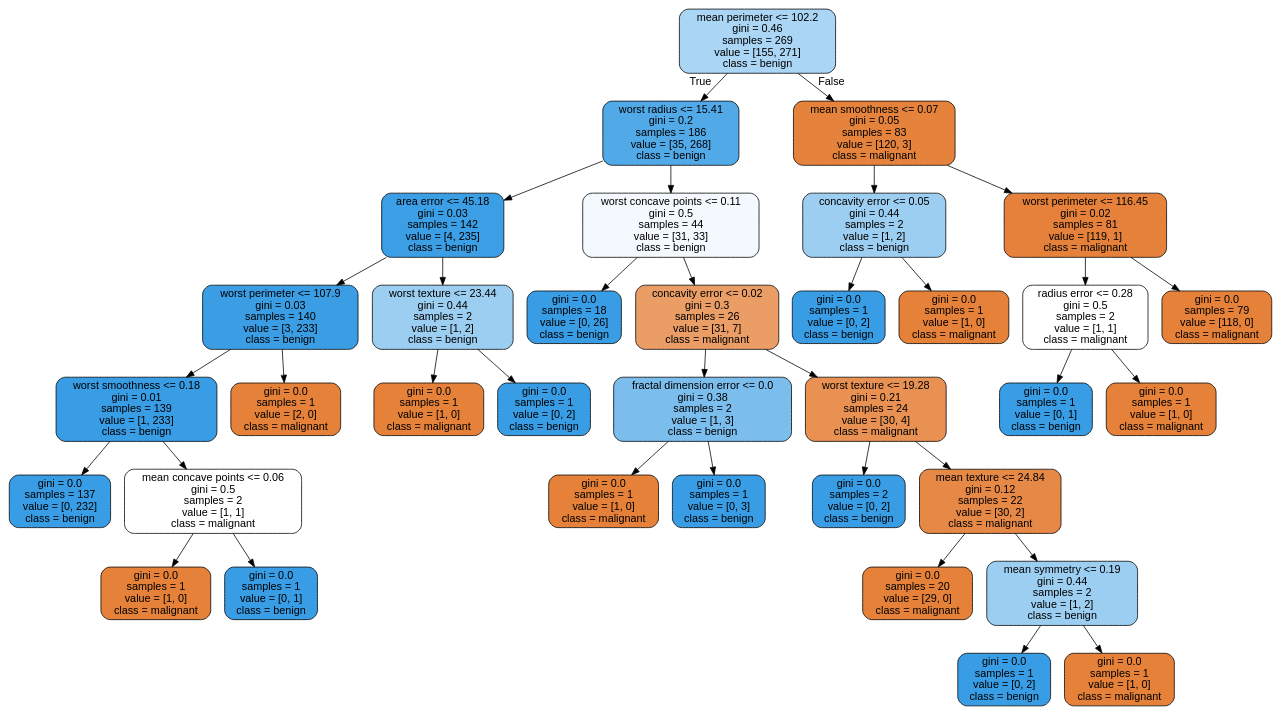
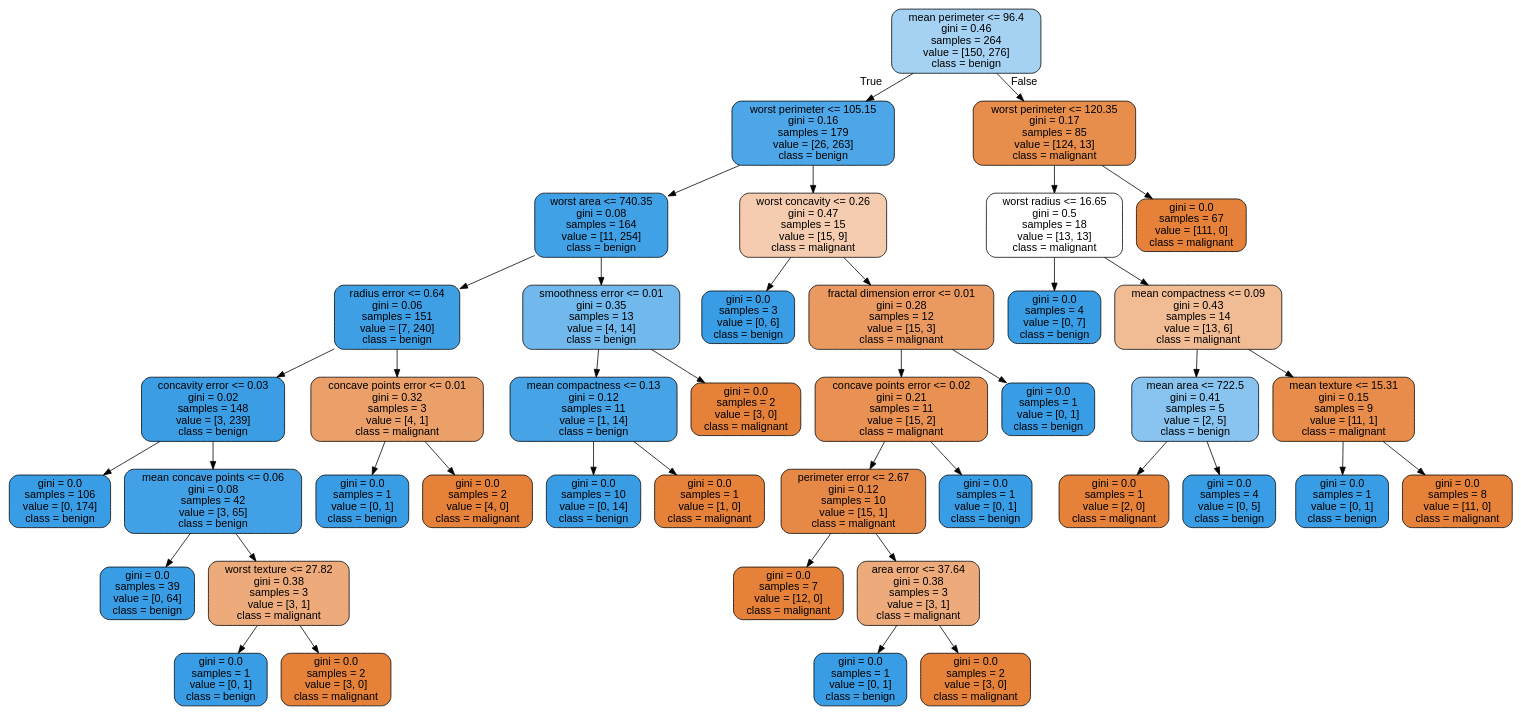
Before and after one commit to cyrilvincent/ML: the diagram in src/tree.dot, drawn with Graphviz. The commit also changed 4 other files, not shown here.

```diff
--- a/src/tree.dot
+++ b/src/tree.dot
@@ -1,73 +1,85 @@
 digraph Tree {
 node [shape=box, style="filled, rounded", color="black", fontname=helvetica] ;
 edge [fontname=helvetica] ;
-0 [label="mean perimeter <= 102.2\ngini = 0.46\nsamples = 269\nvalue = [155, 271]\nclass = benign", fillcolor="#399de56d"] ;
-1 [label="worst radius <= 15.41\ngini = 0.2\nsamples = 186\nvalue = [35, 268]\nclass = benign", fillcolor="#399de5de"] ;
+0 [label="mean perimeter <= 96.4\ngini = 0.46\nsamples = 264\nvalue = [150, 276]\nclass = benign", fillcolor="#399de574"] ;
+1 [label="worst perimeter <= 105.15\ngini = 0.16\nsamples = 179\nvalue = [26, 263]\nclass = benign", fillcolor="#399de5e6"] ;
 0 -> 1 [labeldistance=2.5, labelangle=45, headlabel="True"] ;
-2 [label="area error <= 45.18\ngini = 0.03\nsamples = 142\nvalue = [4, 235]\nclass = benign", fillcolor="#399de5fb"] ;
+2 [label="worst area <= 740.35\ngini = 0.08\nsamples = 164\nvalue = [11, 254]\nclass = benign", fillcolor="#399de5f4"] ;
 1 -> 2 ;
-3 [label="worst perimeter <= 107.9\ngini = 0.03\nsamples = 140\nvalue = [3, 233]\nclass = benign", fillcolor="#399de5fc"] ;
+3 [label="radius error <= 0.64\ngini = 0.06\nsamples = 151\nvalue = [7, 240]\nclass = benign", fillcolor="#399de5f8"] ;
 2 -> 3 ;
-4 [label="worst smoothness <= 0.18\ngini = 0.01\nsamples = 139\nvalue = [1, 233]\nclass = benign", fillcolor="#399de5fe"] ;
+4 [label="concavity error <= 0.03\ngini = 0.02\nsamples = 148\nvalue = [3, 239]\nclass = benign", fillcolor="#399de5fc"] ;
 3 -> 4 ;
-5 [label="gini = 0.0\nsamples = 137\nvalue = [0, 232]\nclass = benign", fillcolor="#399de5ff"] ;
+5 [label="gini = 0.0\nsamples = 106\nvalue = [0, 174]\nclass = benign", fillcolor="#399de5ff"] ;
 4 -> 5 ;
-6 [label="mean concave points <= 0.06\ngini = 0.5\nsamples = 2\nvalue = [1, 1]\nclass = malignant", fillcolor="#e5813900"] ;
+6 [label="mean concave points <= 0.06\ngini = 0.08\nsamples = 42\nvalue = [3, 65]\nclass = benign", fillcolor="#399de5f3"] ;
 4 -> 6 ;
-7 [label="gini = 0.0\nsamples = 1\nvalue = [1, 0]\nclass = malignant", fillcolor="#e58139ff"] ;
+7 [label="gini = 0.0\nsamples = 39\nvalue = [0, 64]\nclass = benign", fillcolor="#399de5ff"] ;
 6 -> 7 ;
-8 [label="gini = 0.0\nsamples = 1\nvalue = [0, 1]\nclass = benign", fillcolor="#399de5ff"] ;
+8 [label="worst texture <= 27.82\ngini = 0.38\nsamples = 3\nvalue = [3, 1]\nclass = malignant", fillcolor="#e58139aa"] ;
 6 -> 8 ;
-9 [label="gini = 0.0\nsamples = 1\nvalue = [2, 0]\nclass = malignant", fillcolor="#e58139ff"] ;
-3 -> 9 ;
-10 [label="worst texture <= 23.44\ngini = 0.44\nsamples = 2\nvalue = [1, 2]\nclass = benign", fillcolor="#399de57f"] ;
-2 -> 10 ;
-11 [label="gini = 0.0\nsamples = 1\nvalue = [1, 0]\nclass = malignant", fillcolor="#e58139ff"] ;
-10 -> 11 ;
-12 [label="gini = 0.0\nsamples = 1\nvalue = [0, 2]\nclass = benign", fillcolor="#399de5ff"] ;
-10 -> 12 ;
-13 [label="worst concave points <= 0.11\ngini = 0.5\nsamples = 44\nvalue = [31, 33]\nclass = benign", fillcolor="#399de50f"] ;
-1 -> 13 ;
-14 [label="gini = 0.0\nsamples = 18\nvalue = [0, 26]\nclass = benign", fillcolor="#399de5ff"] ;
-13 -> 14 ;
-15 [label="concavity error <= 0.02\ngini = 0.3\nsamples = 26\nvalue = [31, 7]\nclass = malignant", fillcolor="#e58139c5"] ;
-13 -> 15 ;
-16 [label="fractal dimension error <= 0.0\ngini = 0.38\nsamples = 2\nvalue = [1, 3]\nclass = benign", fillcolor="#399de5aa"] ;
+9 [label="gini = 0.0\nsamples = 1\nvalue = [0, 1]\nclass = benign", fillcolor="#399de5ff"] ;
+8 -> 9 ;
+10 [label="gini = 0.0\nsamples = 2\nvalue = [3, 0]\nclass = malignant", fillcolor="#e58139ff"] ;
+8 -> 10 ;
+11 [label="concave points error <= 0.01\ngini = 0.32\nsamples = 3\nvalue = [4, 1]\nclass = malignant", fillcolor="#e58139bf"] ;
+3 -> 11 ;
+12 [label="gini = 0.0\nsamples = 1\nvalue = [0, 1]\nclass = benign", fillcolor="#399de5ff"] ;
+11 -> 12 ;
+13 [label="gini = 0.0\nsamples = 2\nvalue = [4, 0]\nclass = malignant", fillcolor="#e58139ff"] ;
+11 -> 13 ;
+14 [label="smoothness error <= 0.01\ngini = 0.35\nsamples = 13\nvalue = [4, 14]\nclass = benign", fillcolor="#399de5b6"] ;
+2 -> 14 ;
+15 [label="mean compactness <= 0.13\ngini = 0.12\nsamples = 11\nvalue = [1, 14]\nclass = benign", fillcolor="#399de5ed"] ;
+14 -> 15 ;
+16 [label="gini = 0.0\nsamples = 10\nvalue = [0, 14]\nclass = benign", fillcolor="#399de5ff"] ;
 15 -> 16 ;
 17 [label="gini = 0.0\nsamples = 1\nvalue = [1, 0]\nclass = malignant", fillcolor="#e58139ff"] ;
-16 -> 17 ;
-18 [label="gini = 0.0\nsamples = 1\nvalue = [0, 3]\nclass = benign", fillcolor="#399de5ff"] ;
-16 -> 18 ;
-19 [label="worst texture <= 19.28\ngini = 0.21\nsamples = 24\nvalue = [30, 4]\nclass = malignant", fillcolor="#e58139dd"] ;
-15 -> 19 ;
-20 [label="gini = 0.0\nsamples = 2\nvalue = [0, 2]\nclass = benign", fillcolor="#399de5ff"] ;
+15 -> 17 ;
+18 [label="gini = 0.0\nsamples = 2\nvalue = [3, 0]\nclass = malignant", fillcolor="#e58139ff"] ;
+14 -> 18 ;
+19 [label="worst concavity <= 0.26\ngini = 0.47\nsamples = 15\nvalue = [15, 9]\nclass = malignant", fillcolor="#e5813966"] ;
+1 -> 19 ;
+20 [label="gini = 0.0\nsamples = 3\nvalue = [0, 6]\nclass = benign", fillcolor="#399de5ff"] ;
 19 -> 20 ;
-21 [label="mean texture <= 24.84\ngini = 0.12\nsamples = 22\nvalue = [30, 2]\nclass = malignant", fillcolor="#e58139ee"] ;
+21 [label="fractal dimension error <= 0.01\ngini = 0.28\nsamples = 12\nvalue = [15, 3]\nclass = malignant", fillcolor="#e58139cc"] ;
 19 -> 21 ;
-22 [label="gini = 0.0\nsamples = 20\nvalue = [29, 0]\nclass = malignant", fillcolor="#e58139ff"] ;
+22 [label="concave points error <= 0.02\ngini = 0.21\nsamples = 11\nvalue = [15, 2]\nclass = malignant", fillcolor="#e58139dd"] ;
 21 -> 22 ;
-23 [label="mean symmetry <= 0.19\ngini = 0.44\nsamples = 2\nvalue = [1, 2]\nclass = benign", fillcolor="#399de57f"] ;
-21 -> 23 ;
-24 [label="gini = 0.0\nsamples = 1\nvalue = [0, 2]\nclass = benign", fillcolor="#399de5ff"] ;
+23 [label="perimeter error <= 2.67\ngini = 0.12\nsamples = 10\nvalue = [15, 1]\nclass = malignant", fillcolor="#e58139ee"] ;
+22 -> 23 ;
+24 [label="gini = 0.0\nsamples = 7\nvalue = [12, 0]\nclass = malignant", fillcolor="#e58139ff"] ;
 23 -> 24 ;
-25 [label="gini = 0.0\nsamples = 1\nvalue = [1, 0]\nclass = malignant", fillcolor="#e58139ff"] ;
+25 [label="area error <= 37.64\ngini = 0.38\nsamples = 3\nvalue = [3, 1]\nclass = malignant", fillcolor="#e58139aa"] ;
 23 -> 25 ;
-26 [label="mean smoothness <= 0.07\ngini = 0.05\nsamples = 83\nvalue = [120, 3]\nclass = malignant", fillcolor="#e58139f9"] ;
-0 -> 26 [labeldistance=2.5, labelangle=-45, headlabel="False"] ;
-27 [label="concavity error <= 0.05\ngini = 0.44\nsamples = 2\nvalue = [1, 2]\nclass = benign", fillcolor="#399de57f"] ;
-26 -> 27 ;
-28 [label="gini = 0.0\nsamples = 1\nvalue = [0, 2]\nclass = benign", fillcolor="#399de5ff"] ;
-27 -> 28 ;
-29 [label="gini = 0.0\nsamples = 1\nvalue = [1, 0]\nclass = malignant", fillcolor="#e58139ff"] ;
-27 -> 29 ;
-30 [label="worst perimeter <= 116.45\ngini = 0.02\nsamples = 81\nvalue = [119, 1]\nclass = malignant", fillcolor="#e58139fd"] ;
-26 -> 30 ;
-31 [label="radius error <= 0.28\ngini = 0.5\nsamples = 2\nvalue = [1, 1]\nclass = malignant", fillcolor="#e5813900"] ;
+26 [label="gini = 0.0\nsamples = 1\nvalue = [0, 1]\nclass = benign", fillcolor="#399de5ff"] ;
+25 -> 26 ;
+27 [label="gini = 0.0\nsamples = 2\nvalue = [3, 0]\nclass = malignant", fillcolor="#e58139ff"] ;
+25 -> 27 ;
+28 [label="gini = 0.0\nsamples = 1\nvalue = [0, 1]\nclass = benign", fillcolor="#399de5ff"] ;
+22 -> 28 ;
+29 [label="gini = 0.0\nsamples = 1\nvalue = [0, 1]\nclass = benign", fillcolor="#399de5ff"] ;
+21 -> 29 ;
+30 [label="worst perimeter <= 120.35\ngini = 0.17\nsamples = 85\nvalue = [124, 13]\nclass = malignant", fillcolor="#e58139e4"] ;
+0 -> 30 [labeldistance=2.5, labelangle=-45, headlabel="False"] ;
+31 [label="worst radius <= 16.65\ngini = 0.5\nsamples = 18\nvalue = [13, 13]\nclass = malignant", fillcolor="#e5813900"] ;
 30 -> 31 ;
-32 [label="gini = 0.0\nsamples = 1\nvalue = [0, 1]\nclass = benign", fillcolor="#399de5ff"] ;
+32 [label="gini = 0.0\nsamples = 4\nvalue = [0, 7]\nclass = benign", fillcolor="#399de5ff"] ;
 31 -> 32 ;
-33 [label="gini = 0.0\nsamples = 1\nvalue = [1, 0]\nclass = malignant", fillcolor="#e58139ff"] ;
+33 [label="mean compactness <= 0.09\ngini = 0.43\nsamples = 14\nvalue = [13, 6]\nclass = malignant", fillcolor="#e5813989"] ;
 31 -> 33 ;
-34 [label="gini = 0.0\nsamples = 79\nvalue = [118, 0]\nclass = malignant", fillcolor="#e58139ff"] ;
-30 -> 34 ;
+34 [label="mean area <= 722.5\ngini = 0.41\nsamples = 5\nvalue = [2, 5]\nclass = benign", fillcolor="#399de599"] ;
+33 -> 34 ;
+35 [label="gini = 0.0\nsamples = 1\nvalue = [2, 0]\nclass = malignant", fillcolor="#e58139ff"] ;
+34 -> 35 ;
+36 [label="gini = 0.0\nsamples = 4\nvalue = [0, 5]\nclass = benign", fillcolor="#399de5ff"] ;
+34 -> 36 ;
+37 [label="mean texture <= 15.31\ngini = 0.15\nsamples = 9\nvalue = [11, 1]\nclass = malignant", fillcolor="#e58139e8"] ;
+33 -> 37 ;
+38 [label="gini = 0.0\nsamples = 1\nvalue = [0, 1]\nclass = benign", fillcolor="#399de5ff"] ;
+37 -> 38 ;
+39 [label="gini = 0.0\nsamples = 8\nvalue = [11, 0]\nclass = malignant", fillcolor="#e58139ff"] ;
+37 -> 39 ;
+40 [label="gini = 0.0\nsamples = 67\nvalue = [111, 0]\nclass = malignant", fillcolor="#e58139ff"] ;
+30 -> 40 ;
 }
```
